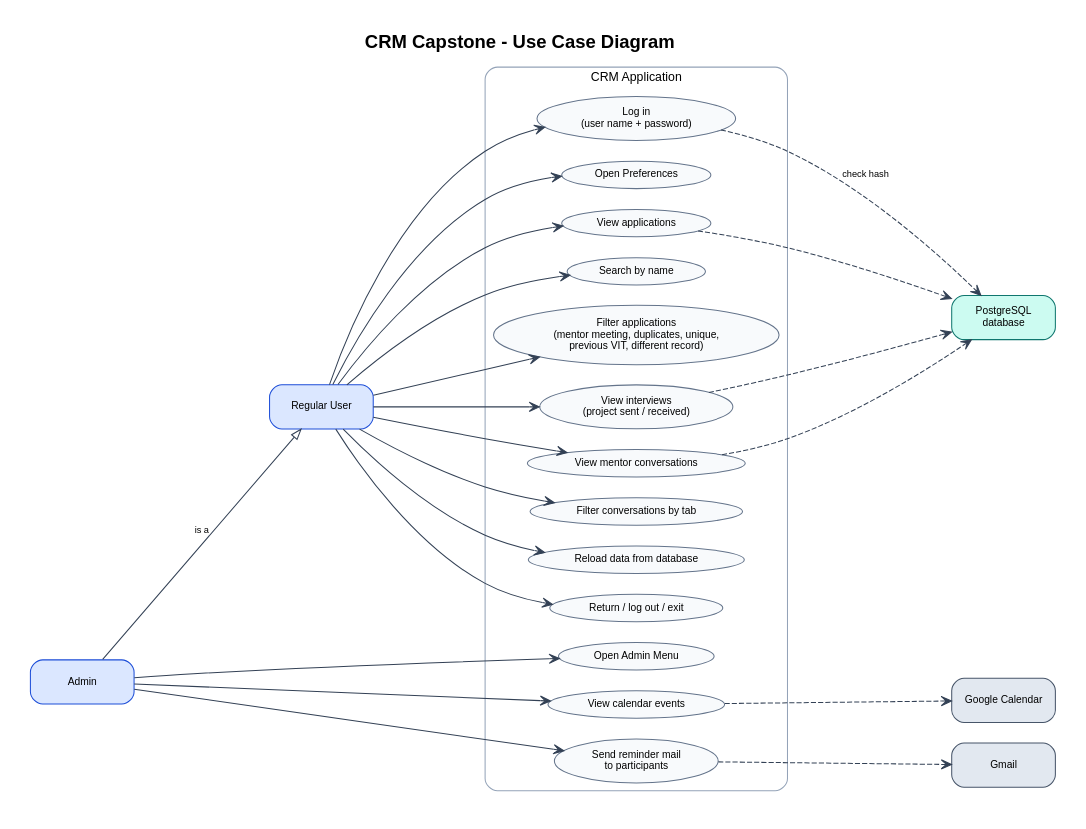
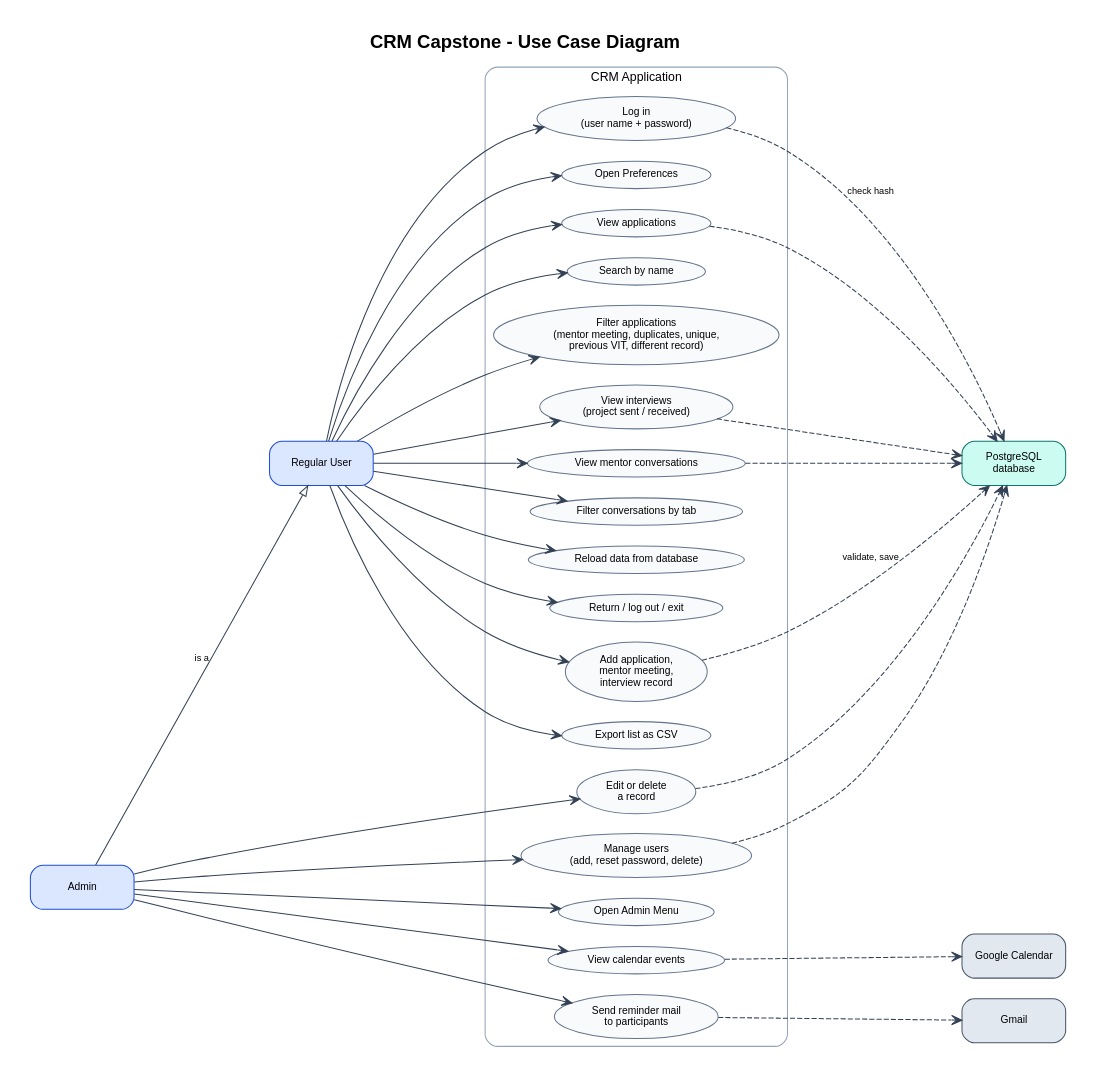
Before and after one commit to MS-Sezgin/crm: the diagram in diagram/use_case.dot, drawn with Graphviz. The commit also changed 29 other files, not shown here.

```diff
--- a/diagram/use_case.dot
+++ b/diagram/use_case.dot
@@ -1,39 +1,43 @@
 digraph UseCases {
   graph [rankdir=LR, splines=spline, nodesep=0.28, ranksep=1.6, fontname="Helvetica", bgcolor="white", pad=0.3,
          label=<<B>CRM Capstone - Use Case Diagram</B>>, labelloc=t, fontsize=18, compound=true];
   node  [fontname="Helvetica", fontsize=10];
   edge  [fontname="Helvetica", fontsize=9, color="#334155", arrowhead=vee];
 
   node [shape=box, style="rounded,filled", fillcolor="#DBE7FF", color="#1D4ED8", width=1.4, height=0.6];
   User  [label="Regular User"];
   Admin [label="Admin"];
   node [fillcolor="#E2E8F0", color="#475569"];
   GCal  [label="Google Calendar"];
   Gmail [label="Gmail"];
   node [fillcolor="#CCFBF1", color="#0F766E"];
   PG    [label="PostgreSQL\ndatabase"];
 
   subgraph cluster_app {
     label="CRM Application"; style="rounded"; color="#94A3B8"; fontsize=12;
     node [shape=ellipse, style=filled, fillcolor="#F8FAFC", color="#64748B", width=0, height=0];
     u1 [label="Log in\n(user name + password)"];
     u2 [label="Open Preferences"];
     u3 [label="View applications"];
     u4 [label="Search by name"];
     u5 [label="Filter applications\n(mentor meeting, duplicates, unique,\nprevious VIT, different record)"];
     u6 [label="View interviews\n(project sent / received)"];
     u7 [label="View mentor conversations"];
     u8 [label="Filter conversations by tab"];
     u9 [label="Reload data from database"];
     u10 [label="Return / log out / exit"];
+    u11 [label="Add application,\nmentor meeting,\ninterview record"];
+    u12 [label="Export list as CSV"];
+    a4 [label="Edit or delete\na record"];
+    a5 [label="Manage users\n(add, reset password, delete)"];
     a1 [label="Open Admin Menu"];
     a2 [label="View calendar events"];
     a3 [label="Send reminder mail\nto participants"];
   }
-  User -> {u1 u2 u3 u4 u5 u6 u7 u8 u9 u10};
+  User -> {u1 u2 u3 u4 u5 u6 u7 u8 u9 u10 u11 u12};
   Admin -> User [arrowhead=empty, label="is a"];
-  Admin -> {a1 a2 a3};
+  Admin -> {a1 a2 a3 a4 a5};
   u1 -> PG [style=dashed, label="check hash"];
-  u3 -> PG [style=dashed]; u6 -> PG [style=dashed]; u7 -> PG [style=dashed];
+  u3 -> PG [style=dashed]; u11 -> PG [style=dashed, label="validate, save"]; a4 -> PG [style=dashed]; a5 -> PG [style=dashed]; u6 -> PG [style=dashed]; u7 -> PG [style=dashed];
   a2 -> GCal [style=dashed]; a3 -> Gmail [style=dashed];
 }
```
